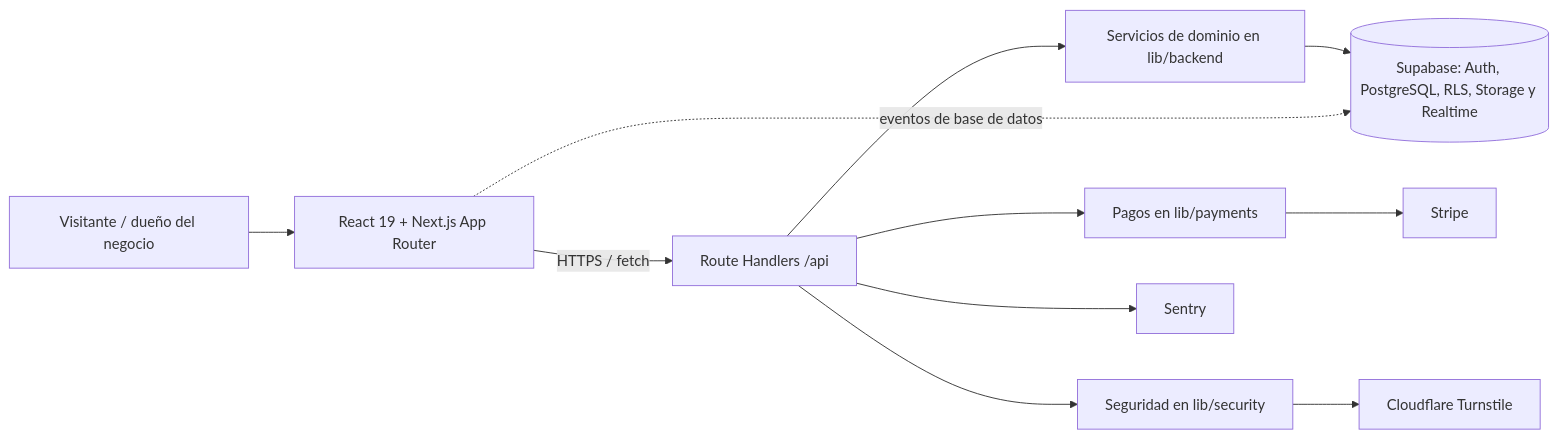
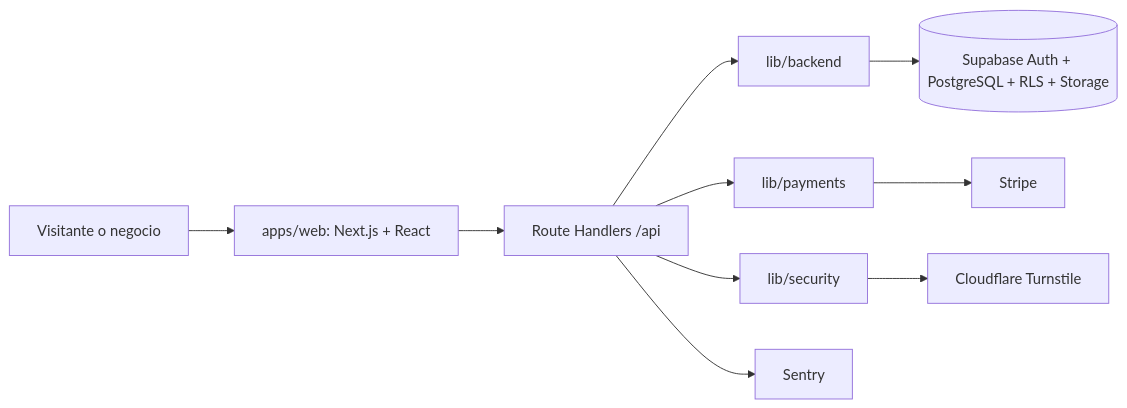
One commit to LocalHostDiluk/Agendur changed the diagram in README.md. Above: the diagram before and after it, drawn with Mermaid. The commit also changed other lines of this file and 14 other files, not shown here.

````diff
--- a/README.md
+++ b/README.md
@@ -13,13 +19,12 @@
 ```mermaid
 flowchart LR
-  U[Visitante / dueño del negocio] --> FE[React 19 + Next.js App Router]
-  FE -->|HTTPS / fetch| API[Route Handlers /api]
-  API --> DOM[Servicios de dominio en lib/backend]
-  API --> PAY[Pagos en lib/payments]
-  API --> SEC[Seguridad en lib/security]
-  DOM --> SB[(Supabase: Auth, PostgreSQL, RLS, Storage y Realtime)]
+  U[Visitante o negocio] --> WEB[apps/web: Next.js + React]
+  WEB --> API[Route Handlers /api]
+  API --> DOM[lib/backend]
+  API --> PAY[lib/payments]
+  API --> SEC[lib/security]
+  DOM --> SB[(Supabase Auth + PostgreSQL + RLS + Storage)]
   PAY --> ST[Stripe]
   SEC --> CF[Cloudflare Turnstile]
   API --> SE[Sentry]
-  FE -. eventos de base de datos .-> SB
 ```
````
